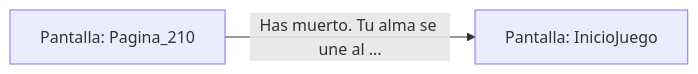
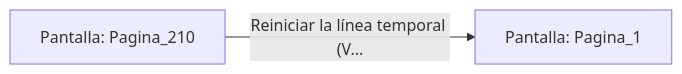
Before and after one commit to metsuke/mpl: the diagram in sample/eligejuego-vault/Pantalla_Pagina_210.md, drawn with Mermaid. The commit also changed other lines of this file and 635 other files, not shown here.

First line of the commit message:
fix: añadir Pagina_1 como pantalla inicial en capitulo_01.mpl

````diff
--- a/sample/eligejuego-vault/Pantalla_Pagina_210.md
+++ b/sample/eligejuego-vault/Pantalla_Pagina_210.md
@@ -17,5 +17,5 @@
 ```mermaid
 graph LR
     P_Pagina_210["Pantalla: Pagina_210"]
-    P_Pagina_210 -->|"Has muerto. Tu alma se une al ..."| P_InicioJuego["Pantalla: InicioJuego"]
+    P_Pagina_210 -->|"Reiniciar la línea temporal (V..."| P_Pagina_1["Pantalla: Pagina_1"]
 ```
````
